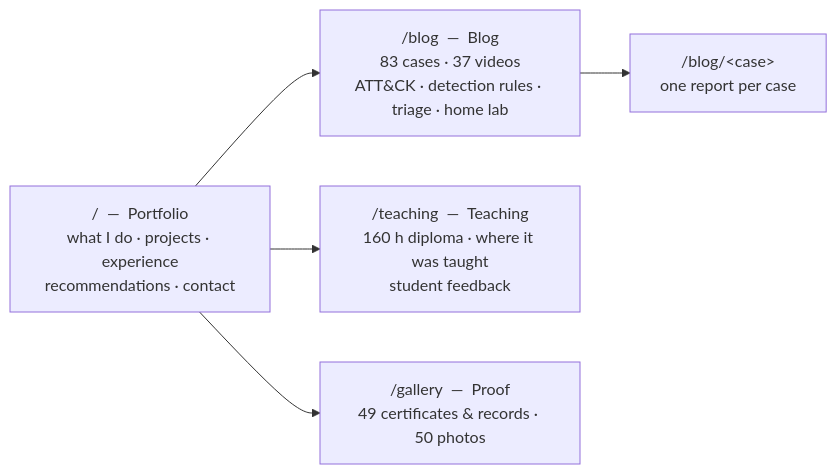
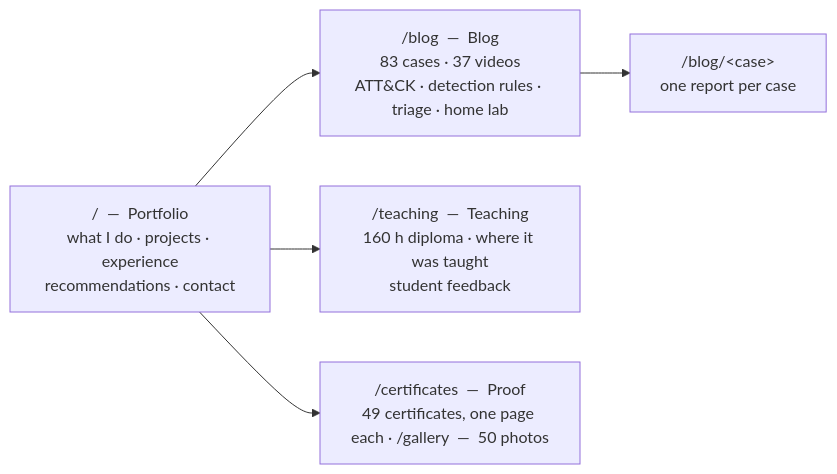
One commit to Ahmed-Emad-Nasr/ahmed.dev changed the first of 2 diagrams in README.md. Above: the diagram before and after it, drawn with Mermaid. The commit also changed other lines of this file and 375 other files, not shown here.

Commit message:
added certificates and gallery pages, components, data, and assets. Updated existing components and scripts to support new features and content.

````diff
--- a/README.md
+++ b/README.md
@@ -80,11 +80,11 @@
 ```mermaid
 flowchart LR
   H["/  —  Portfolio<br/>what I do · projects · experience<br/>recommendations · contact"]
   B["/blog  —  Blog<br/>83 cases · 37 videos<br/>ATT&CK · detection rules · triage · home lab"]
   C["/blog/&lt;case&gt;<br/>one report per case"]
   T["/teaching  —  Teaching<br/>160 h diploma · where it was taught<br/>student feedback"]
-  G["/gallery  —  Proof<br/>49 certificates & records · 50 photos"]
+  G["/certificates  —  Proof<br/>49 certificates, one page each · /gallery  —  50 photos"]
   H --> B --> C
   H --> T
   H --> G
 ```
````
